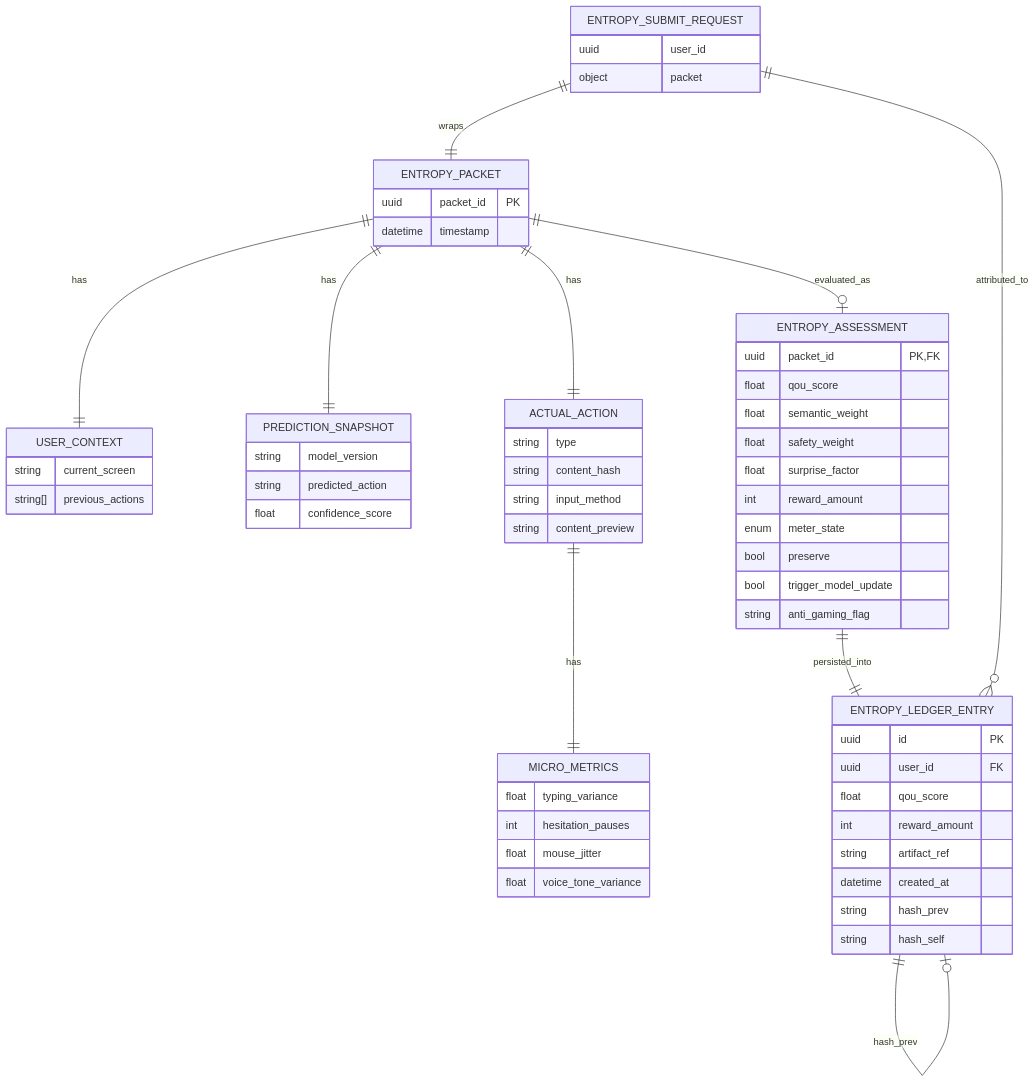
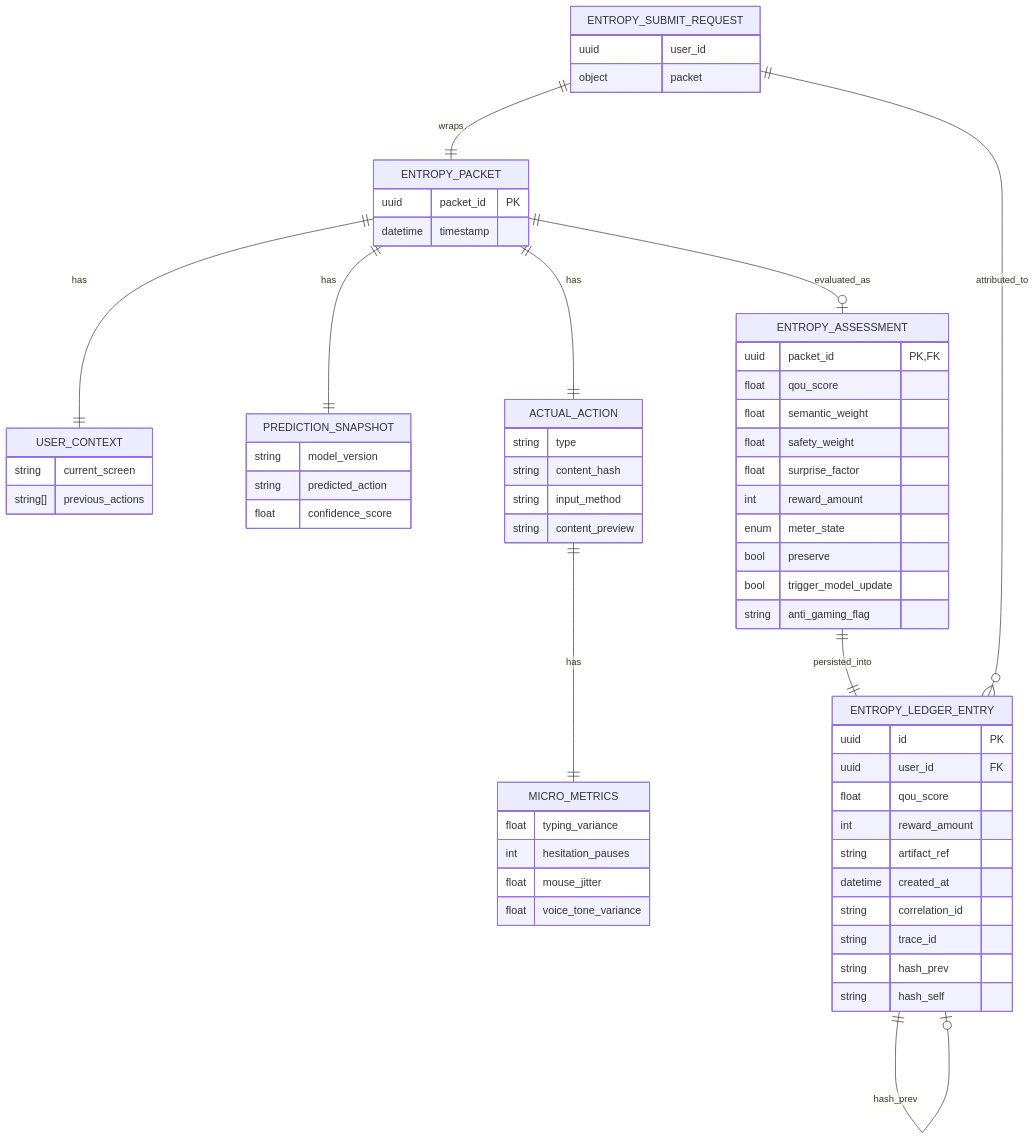
Before and after one commit to Aetherium-Syndicate-Inspectra/AETHERIUM-GENESIS: the diagram in README.md, drawn with Mermaid. The commit also changed other lines of this file and 5 other files, not shown here.

````diff
--- a/README.md
+++ b/README.md
@@ -49,71 +49,73 @@
 ```mermaid
 erDiagram
     ENTROPY_SUBMIT_REQUEST ||--|| ENTROPY_PACKET : wraps
     ENTROPY_SUBMIT_REQUEST ||--o{ ENTROPY_LEDGER_ENTRY : attributed_to
     ENTROPY_PACKET ||--|| USER_CONTEXT : has
     ENTROPY_PACKET ||--|| PREDICTION_SNAPSHOT : has
     ENTROPY_PACKET ||--|| ACTUAL_ACTION : has
     ACTUAL_ACTION ||--|| MICRO_METRICS : has
     ENTROPY_PACKET ||--o| ENTROPY_ASSESSMENT : evaluated_as
     ENTROPY_ASSESSMENT ||--|| ENTROPY_LEDGER_ENTRY : persisted_into
     ENTROPY_LEDGER_ENTRY ||--o| ENTROPY_LEDGER_ENTRY : hash_prev
 
     ENTROPY_SUBMIT_REQUEST {
       uuid user_id
       object packet
     }
 
     ENTROPY_PACKET {
       uuid packet_id PK
       datetime timestamp
     }
 
     USER_CONTEXT {
       string current_screen
       string[] previous_actions
     }
 
     PREDICTION_SNAPSHOT {
       string model_version
       string predicted_action
       float confidence_score
     }
 
     ACTUAL_ACTION {
       string type
       string content_hash
       string input_method
       string content_preview
     }
 
     MICRO_METRICS {
       float typing_variance
       int hesitation_pauses
       float mouse_jitter
       float voice_tone_variance
     }
 
     ENTROPY_ASSESSMENT {
       uuid packet_id PK,FK
       float qou_score
       float semantic_weight
       float safety_weight
       float surprise_factor
       int reward_amount
       enum meter_state
       bool preserve
       bool trigger_model_update
       string anti_gaming_flag
     }
 
     ENTROPY_LEDGER_ENTRY {
       uuid id PK
       uuid user_id FK
       float qou_score
       int reward_amount
       string artifact_ref
       datetime created_at
+      string correlation_id
+      string trace_id
       string hash_prev
       string hash_self
     }
 ```
````
